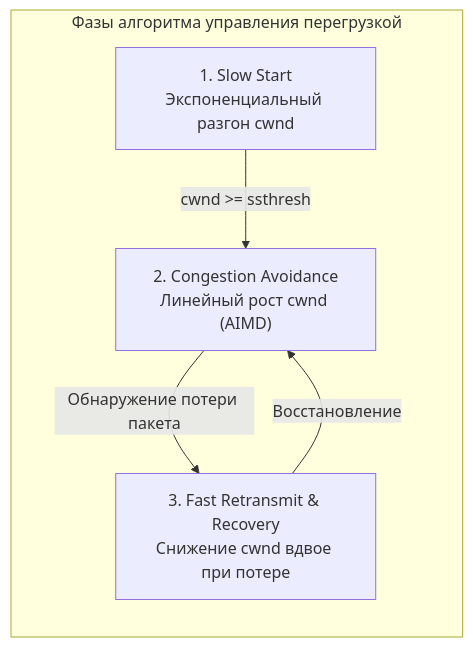
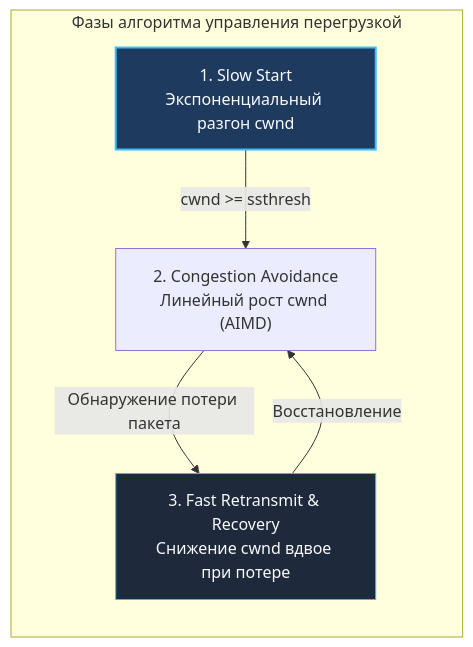
Before and after one commit to UnrealTemplier/go-textbook: the fifth of 5 diagrams in sources/3. Компьютерные сети и сетевой стек/11. TCP Handshake, Flow Control и Congestion Control.md, drawn with Mermaid. The commit also changed other lines of this file and 1666 other files, not shown here.

First line of the commit message:
feat(mermaid): add semantic color classDef to 1369 colorless flowchart/graph diagrams

````diff
--- a/sources/3. Компьютерные сети и сетевой стек/11. TCP Handshake, Flow Control и Congestion Control.md
+++ b/sources/3. Компьютерные сети и сетевой стек/11. TCP Handshake, Flow Control и Congestion Control.md
@@ -238,12 +258,22 @@
 ```mermaid
 flowchart LR
+    classDef process  fill:#1e293b,stroke:#38bdf8,stroke-width:1px,color:#f8fafc
+    classDef success  fill:#064e3b,stroke:#34d399,stroke-width:1px,color:#f8fafc
+    classDef error    fill:#7f1d1d,stroke:#f87171,stroke-width:1px,color:#f8fafc
+    classDef warning  fill:#78350f,stroke:#fbbf24,stroke-width:1px,color:#f8fafc
+    classDef entry    fill:#1e3a5f,stroke:#38bdf8,stroke-width:2px,color:#f8fafc
+    classDef aux      fill:#334155,stroke:#64748b,stroke-width:1px,color:#f8fafc
+    classDef system   fill:#312e81,stroke:#a78bfa,stroke-width:1px,color:#f8fafc
+    classDef data     fill:#132d29,stroke:#2dd4bf,stroke-width:1px,color:#f8fafc
+    classDef network  fill:#881337,stroke:#fb7185,stroke-width:1px,color:#f8fafc
+    classDef accent   fill:#1e1b4b,stroke:#818cf8,stroke-width:1px,color:#f8fafc
     subgraph Phases ["Фазы алгоритма управления перегрузкой"]
-        SS["1. Slow Start<br/>Экспоненциальный разгон cwnd"]
+        SS["1. Slow Start<br/>Экспоненциальный разгон cwnd"]:::entry
         CA["2. Congestion Avoidance<br/>Линейный рост cwnd (AIMD)"]
-        FR["3. Fast Retransmit & Recovery<br/>Снижение cwnd вдвое при потере"]
+        FR["3. Fast Retransmit & Recovery<br/>Снижение cwnd вдвое при потере"]:::process
     end
 
     SS -->|cwnd >= ssthresh| CA
     CA -->|Обнаружение потери пакета| FR
     FR -->|Восстановление| CA
 ```
````
